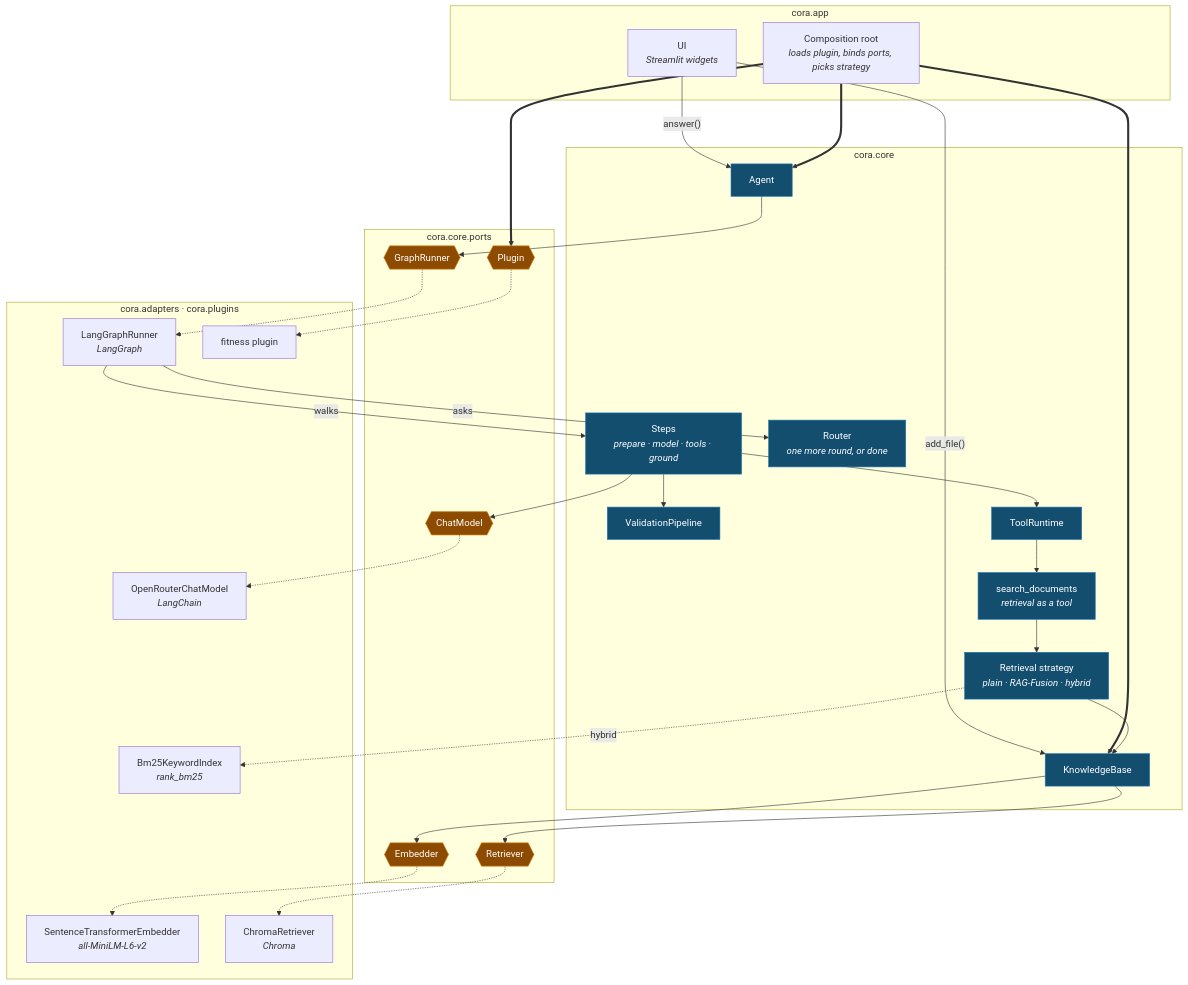
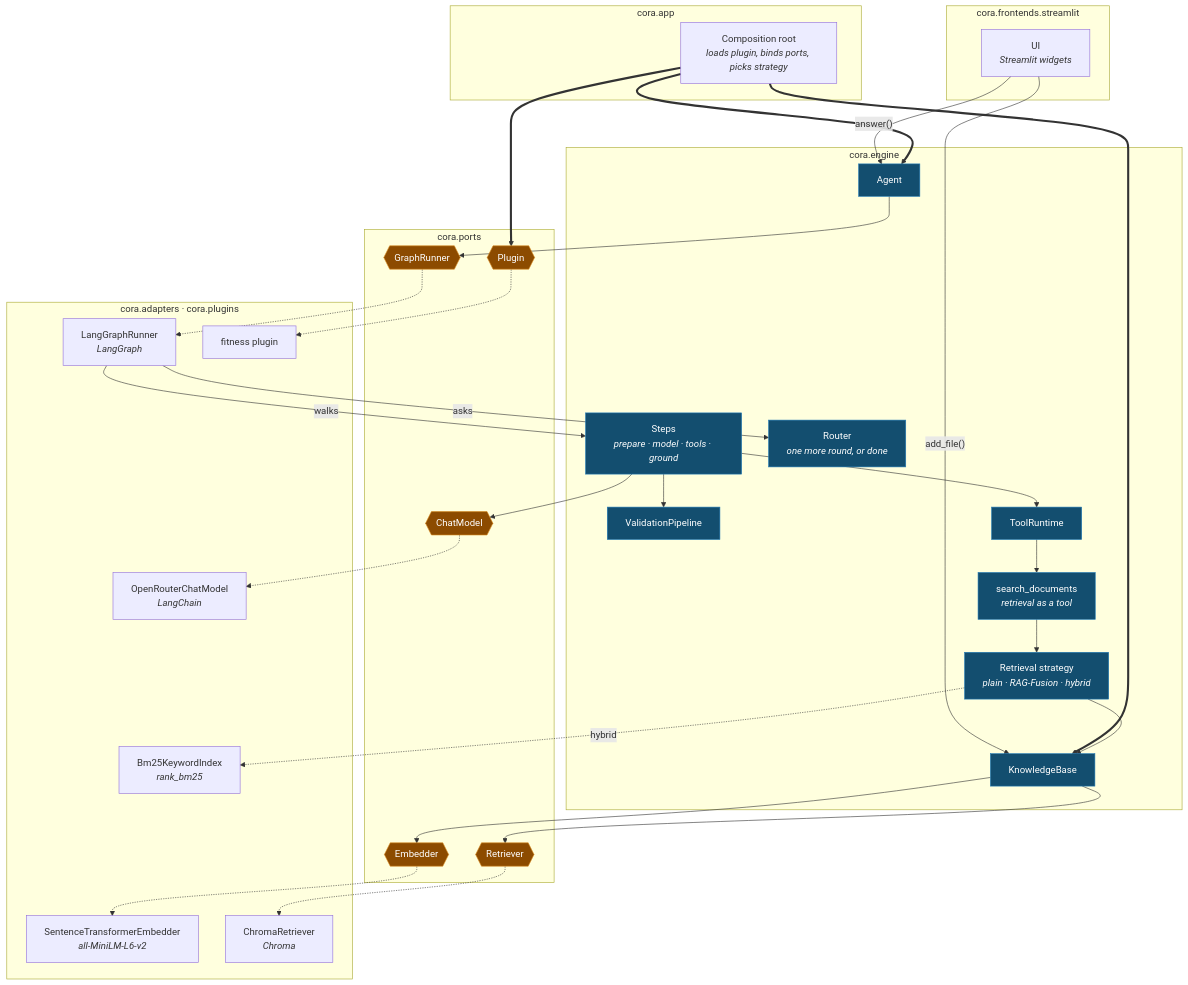
One commit to aschog/cora changed the first of 2 diagrams in docs/big-picture.md. Above: the diagram before and after it, drawn with Mermaid. The commit also changed other lines of this file and 2 other files, not shown here.

````diff
--- a/docs/big-picture.md
+++ b/docs/big-picture.md
@@ -10,64 +10,67 @@
 ```mermaid
 %%{init: {"flowchart": {"nodeSpacing": 45, "rankSpacing": 55, "curve": "basis"}}}%%
 flowchart TB
-  subgraph shell["cora.app"]
+  subgraph shell["cora.frontends.streamlit"]
     ui["UI<br/><i>Streamlit widgets</i>"]
+  end
+
+  subgraph wiring["cora.app"]
     root["Composition root<br/><i>loads plugin, binds ports, picks strategy</i>"]
   end
 
-  subgraph core["cora.core"]
+  subgraph core["cora.engine"]
     agent["Agent"]
     steps["Steps<br/><i>prepare · model · tools · ground</i>"]
     router["Router<br/><i>one more round, or done</i>"]
     val["ValidationPipeline"]
     rt["ToolRuntime"]
     search["search_documents<br/><i>retrieval as a tool</i>"]
     retr["Retrieval strategy<br/><i>plain · RAG-Fusion · hybrid</i>"]
     kb["KnowledgeBase"]
   end
 
-  subgraph seam["cora.core.ports"]
+  subgraph seam["cora.ports"]
     gr{{"GraphRunner"}}
     cm{{"ChatModel"}}
     emb{{"Embedder"}}
     ret{{"Retriever"}}
     plug{{"Plugin"}}
   end
 
   subgraph infra["cora.adapters · cora.plugins"]
     lg["LangGraphRunner<br/><i>LangGraph</i>"]
     orc["OpenRouterChatModel<br/><i>LangChain</i>"]
     ste["SentenceTransformerEmbedder<br/><i>all-MiniLM-L6-v2</i>"]
     chroma["ChromaRetriever<br/><i>Chroma</i>"]
     bm25["Bm25KeywordIndex<br/><i>rank_bm25</i>"]
     fit["fitness plugin"]
   end
 
   ui -->|"answer()"| agent
   ui -->|"add_file()"| kb
   root ==> agent
   root ==> kb
   root ==> plug
   agent --> gr
   lg -->|"walks"| steps
   lg -->|"asks"| router
   steps --> cm
   steps --> val
   steps --> rt
   rt --> search
   search --> retr
   retr --> kb
   kb --> emb
   kb --> ret
   retr -.->|"hybrid"| bm25
   gr -.-> lg
   cm -.-> orc
   emb -.-> ste
   ret -.-> chroma
   plug -.-> fit
 
   classDef port fill:#8c4b00,stroke:#d98a1f,color:#fff;
   classDef logic fill:#134e6f,stroke:#1f78b4,color:#fff;
   class gr,cm,emb,ret,plug port;
   class agent,steps,router,val,rt,search,retr,kb logic;
 ```
````
